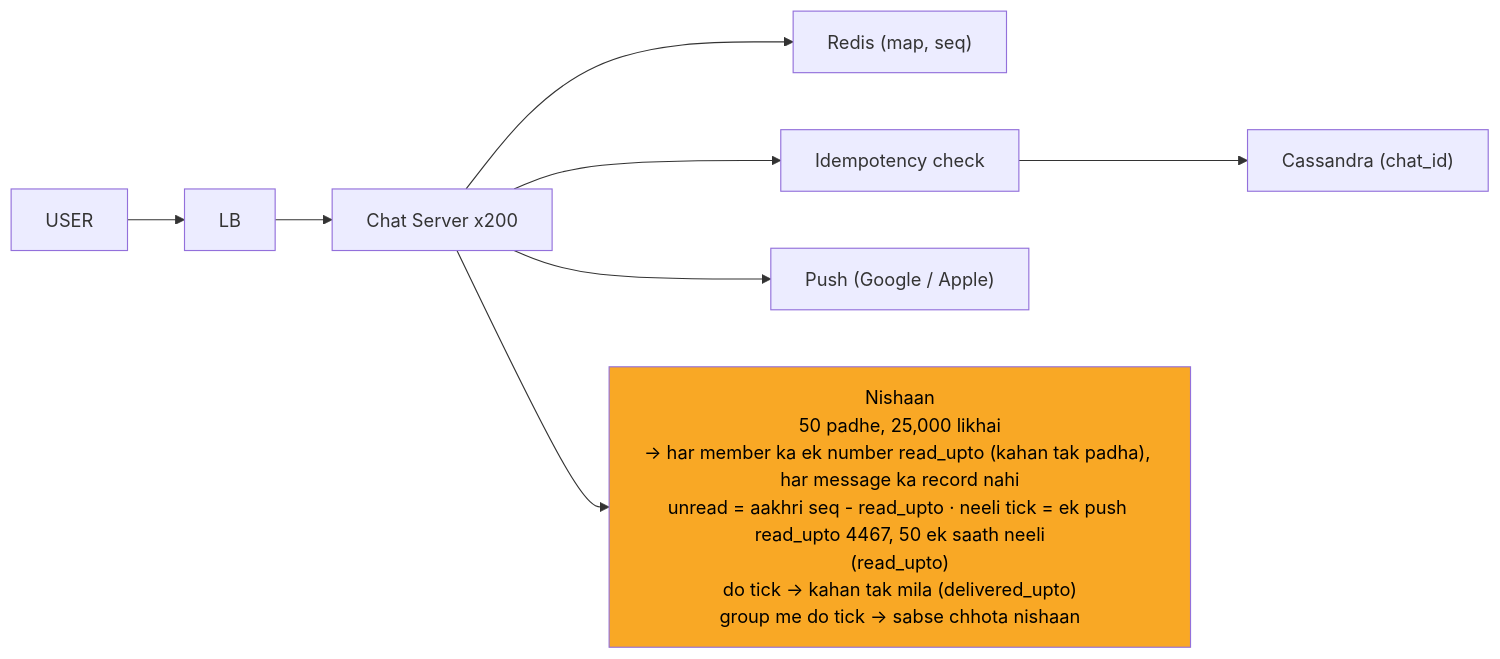
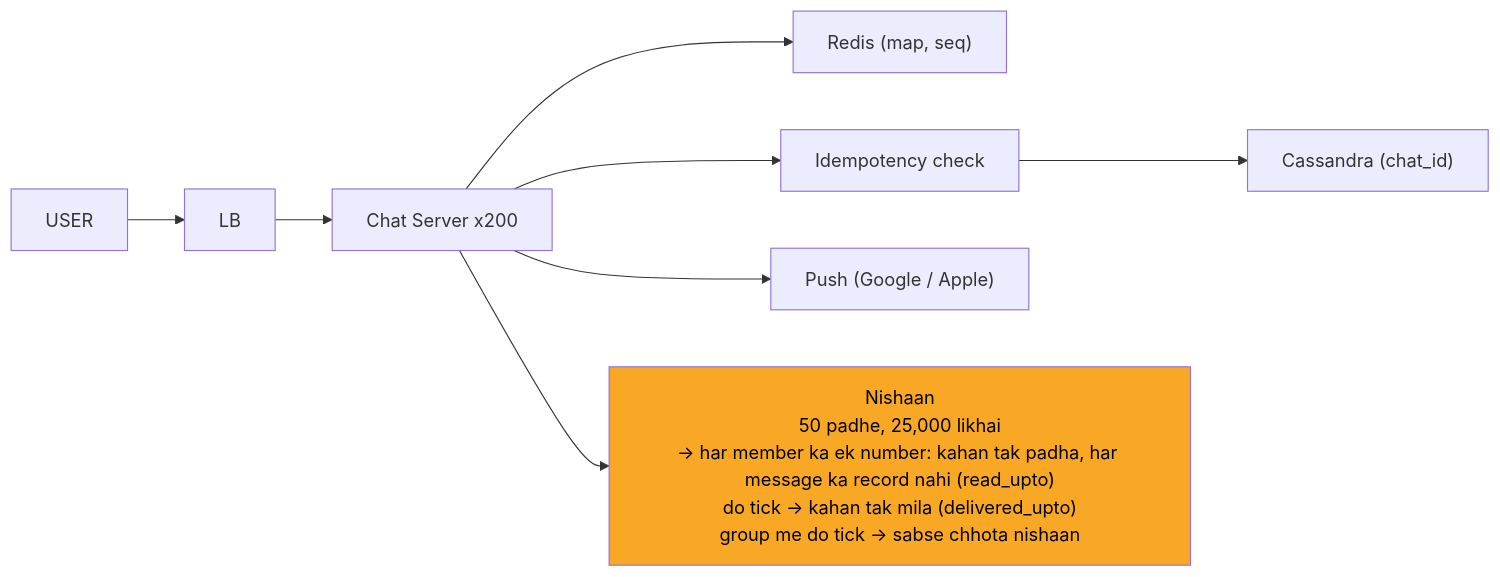
Before and after one commit to ArpanMaheshwari144/Prep: the diagram in 04_HLD/SYSTEM_DESIGNS/14_chat_messaging/img/c8.mmd, drawn with Mermaid. The commit also changed 43 other files, not shown here.

```diff
--- a/04_HLD/SYSTEM_DESIGNS/14_chat_messaging/img/c8.mmd
+++ b/04_HLD/SYSTEM_DESIGNS/14_chat_messaging/img/c8.mmd
@@ -1,18 +1,18 @@
 %%{init: {"flowchart": {"wrappingWidth": 450}}}%%
 flowchart LR
     n_U["USER"]
     n_LB["LB"]
     n_CS["Chat Server x200"]
     n_R["Redis (map, seq)"]
     n_I["Idempotency check"]
     n_CA["Cassandra (chat_id)"]
     n_P["Push (Google / Apple)"]
-    n_NS["Nishaan<br/>50 padhe, 25,000 likhai<br/>-> har member ka ek number read_upto (kahan tak padha), har message ka record nahi<br/>unread = aakhri seq - read_upto · neeli tick = ek push read_upto 4467, 50 ek saath neeli<br/>(read_upto)<br/>do tick -> kahan tak mila (delivered_upto)<br/>group me do tick -> sabse chhota nishaan"]
+    n_NS["Nishaan<br/>50 padhe, 25,000 likhai<br/>-> har member ka ek number: kahan tak padha, har message ka record nahi (read_upto)<br/>do tick -> kahan tak mila (delivered_upto)<br/>group me do tick -> sabse chhota nishaan"]
     n_U --> n_LB
     n_LB --> n_CS
     n_CS --> n_R
     n_CS --> n_I
     n_I --> n_CA
     n_CS --> n_P
     n_CS --> n_NS
     style n_NS fill:#f9a825,color:#000
```
